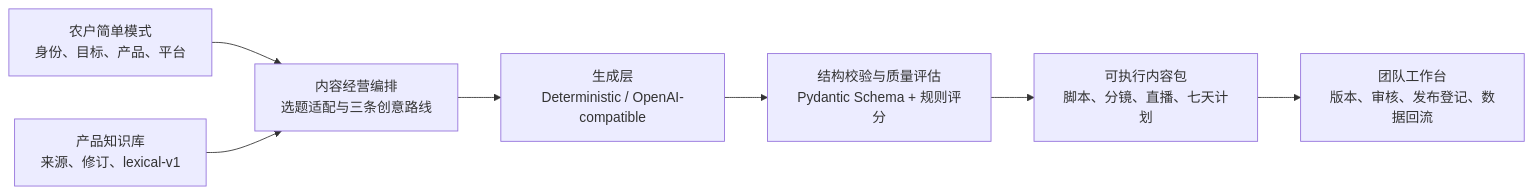
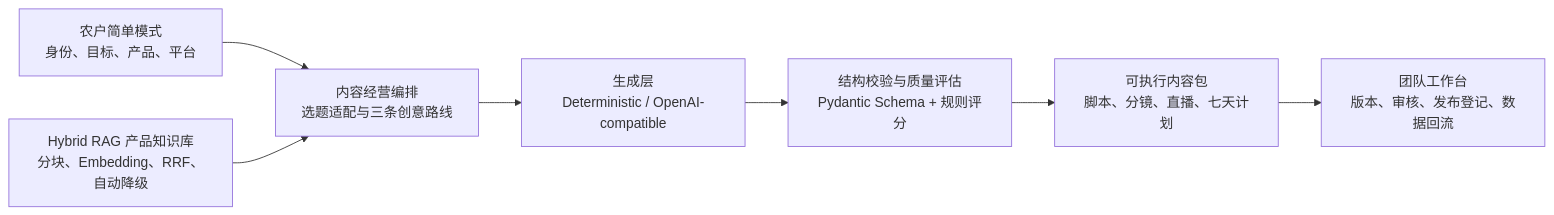
Before and after one commit to KayZhongyi/heyu-ai: the diagram in README.md, drawn with Mermaid. The commit also changed other lines of this file, not shown here.

````diff
--- a/README.md
+++ b/README.md
@@ -214,9 +232,9 @@
 ```mermaid
 flowchart LR
     A["农户简单模式<br/>身份、目标、产品、平台"] --> B["内容经营编排<br/>选题适配与三条创意路线"]
-    K["产品知识库<br/>来源、修订、lexical-v1"] --> B
+    K["Hybrid RAG 产品知识库<br/>分块、Embedding、RRF、自动降级"] --> B
     B --> C["生成层<br/>Deterministic / OpenAI-compatible"]
     C --> D["结构校验与质量评估<br/>Pydantic Schema + 规则评分"]
     D --> E["可执行内容包<br/>脚本、分镜、直播、七天计划"]
     E --> F["团队工作台<br/>版本、审核、发布登记、数据回流"]
 ```
````
